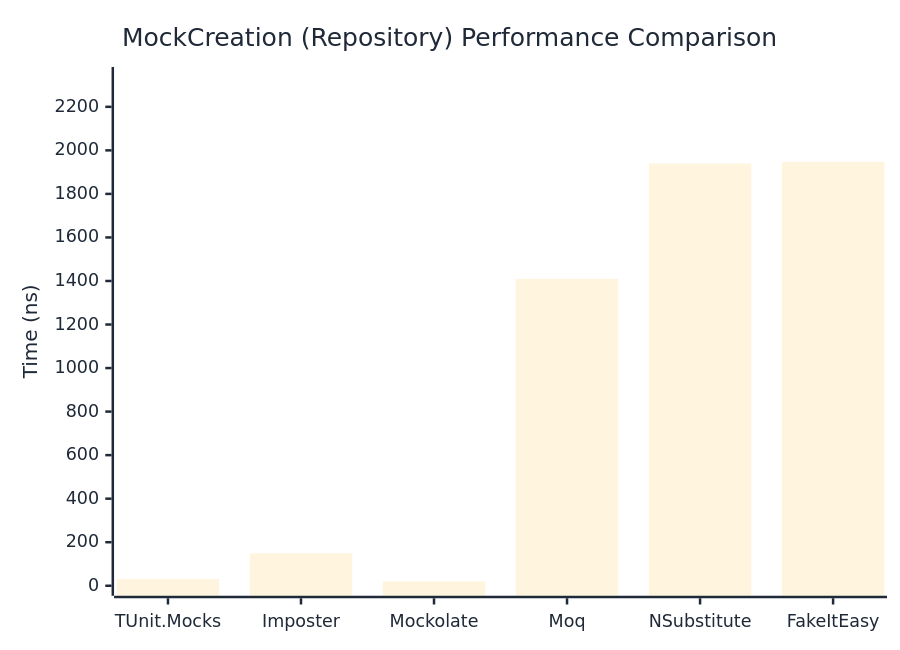
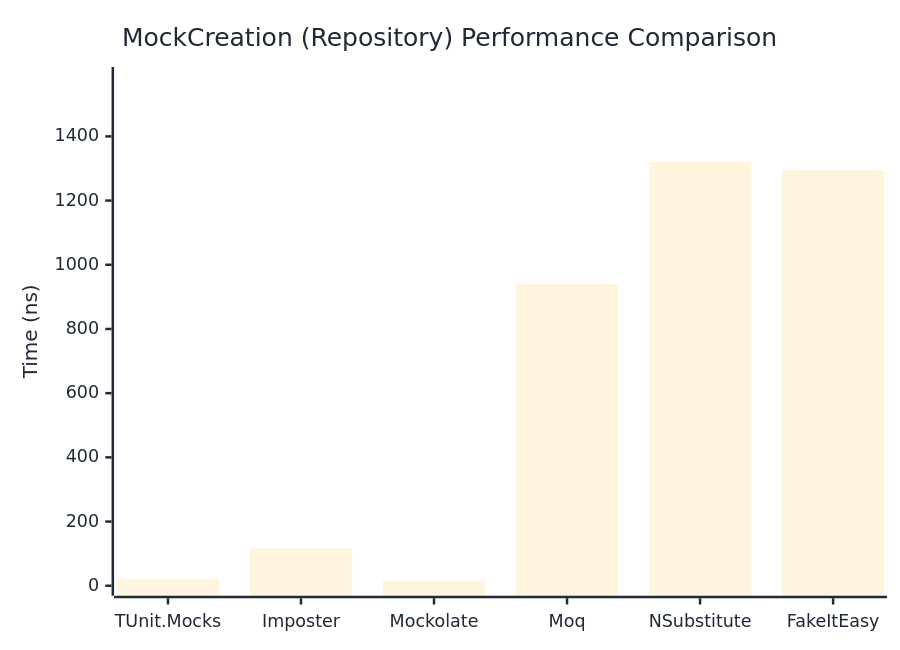
The second of 2 diagrams in docs/docs/benchmarks/mocks/MockCreation.md (zion-sati/TUnit-NetWasm), drawn with Mermaid before and after one commit. The commit also changed other lines of this file and 294 other files, not shown here.

````diff
--- a/docs/docs/benchmarks/mocks/MockCreation.md
+++ b/docs/docs/benchmarks/mocks/MockCreation.md
@@ -71,27 +71,27 @@
 ```mermaid
 %%{init: {
   'theme':'base',
   'themeVariables': {
     'primaryColor': '#2563eb',
     'primaryTextColor': '#1f2937',
     'primaryBorderColor': '#1e40af',
     'lineColor': '#6b7280',
     'secondaryColor': '#7c3aed',
     'tertiaryColor': '#dc2626',
     'background': '#ffffff',
     'pie1': '#2563eb',
     'pie2': '#7c3aed',
     'pie3': '#dc2626',
     'pie4': '#f59e0b',
     'pie5': '#10b981',
     'pie6': '#06b6d4',
     'pie7': '#ec4899',
     'pie8': '#6366f1'
   }
 }}%%
 xychart-beta
   title "MockCreation (Repository) Performance Comparison"
   x-axis ["TUnit.Mocks", "Imposter", "Mockolate", "Moq", "NSubstitute", "FakeItEasy"]
-  y-axis "Time (ns)" 0 --> 2337
-  bar [30.46, 148.65, 19.78, 1410.04, 1939.61, 1947.04]
+  y-axis "Time (ns)" 0 --> 1585
+  bar [22.11, 116.24, 15.61, 941.66, 1320.29, 1296.39]
 ```
````
